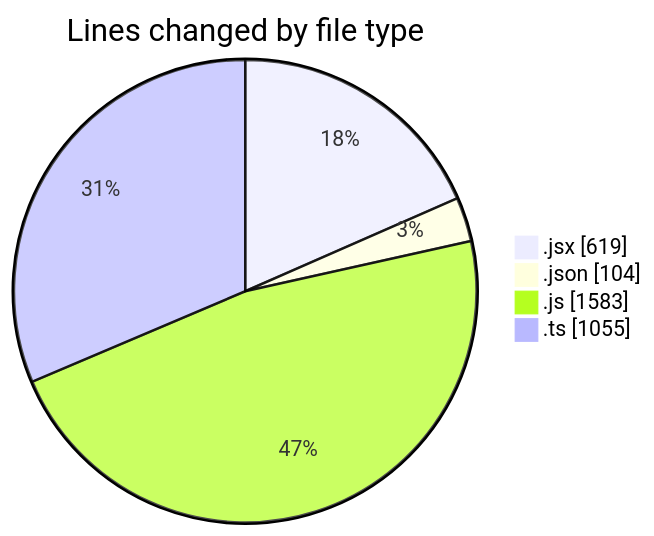
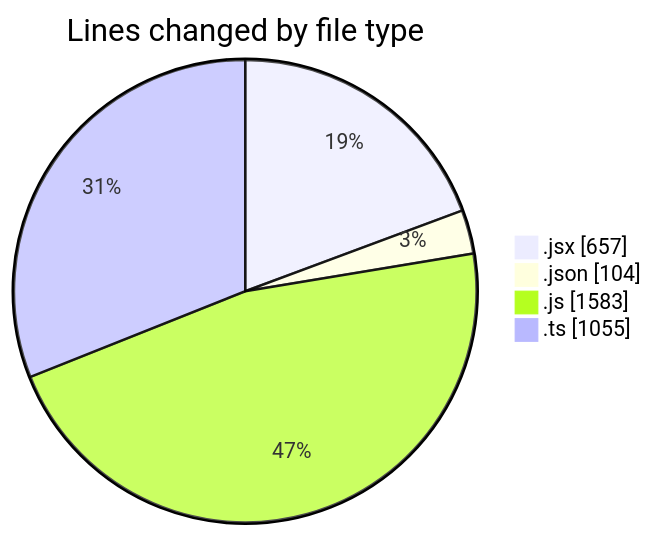
Before and after one commit to momahboobian/code-tracking: the first of 2 diagrams in 2025-05-19/cda/README.md, drawn with Mermaid. The commit also changed other lines of this file and 1 other file, not shown here.

````diff
--- a/2025-05-19/cda/README.md
+++ b/2025-05-19/cda/README.md
@@ -28,8 +28,8 @@
 ```mermaid
 pie showData
 title Lines changed by file type
-".jsx" : 619
+".jsx" : 657
 ".json" : 104
 ".js" : 1583
 ".ts" : 1055
 ```
````
